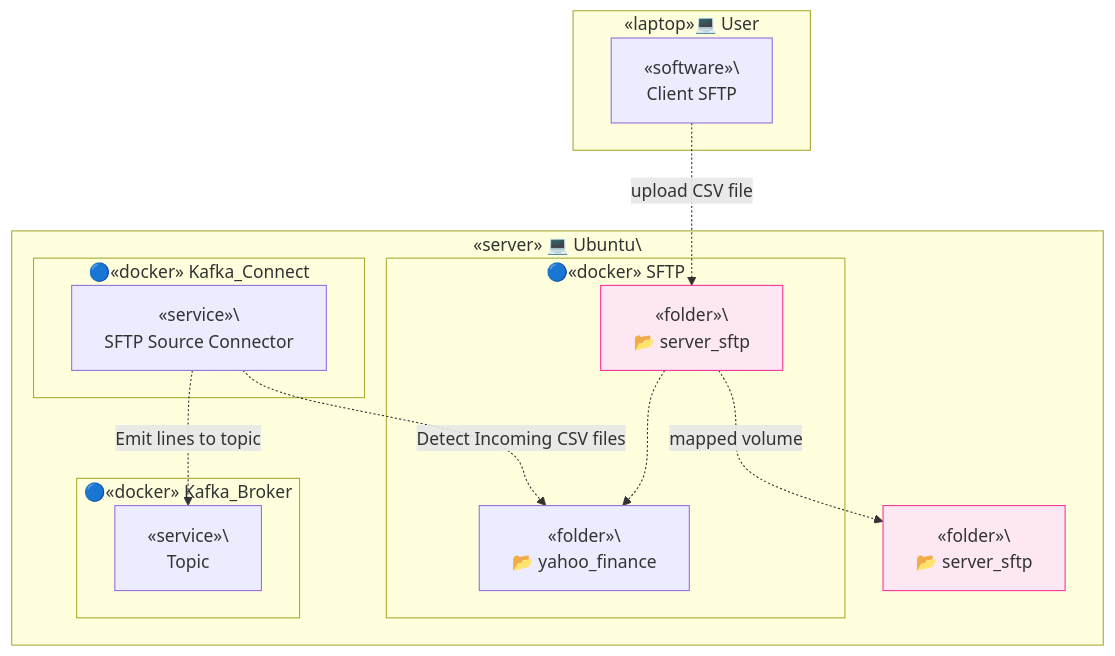
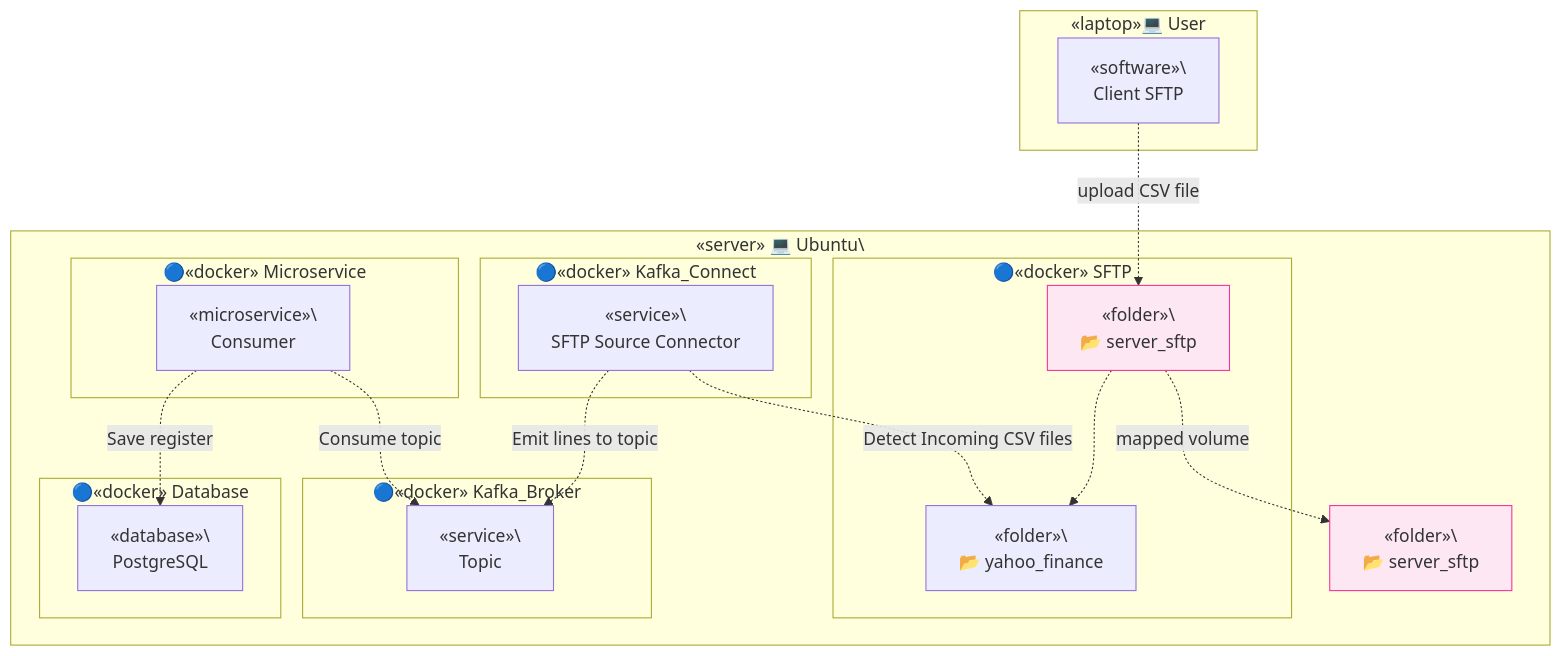
Before and after one commit to TrulyDigital/DATA_STREET: the fifth of 5 diagrams in server_sftp/README.md, drawn with Mermaid.

Commit message:
feat: server-sftp update config yaml

````diff
--- a/server_sftp/README.md
+++ b/server_sftp/README.md
@@ -96,34 +96,44 @@
 ```mermaid
 graph TD
     subgraph Container_E [«laptop»💻 User]
         E1[«software»\<br> Client SFTP]
     end
 
     subgraph Container_A [«server» 💻 Ubuntu\<br/>]
         A1[«folder»\<br/> 📂 server_sftp]
         A1:::note_a1
 
         subgraph Container_B [🔵«docker» SFTP]
             B1[«folder»\<br/> 📂 server_sftp]
             B1:::note_b1
             B2[«folder»\<br/> 📂 yahoo_finance]
         end
 
         subgraph Container_C [🔵«docker» Kafka_Connect]
             C1[«service»\<br/> SFTP Source Connector]
         end
 
         subgraph Container_D [🔵«docker» Kafka_Broker]
             D1[«service»\<br/> Topic]
-        end 
+        end
+
+        subgraph Container_F [🔵«docker» Microservice]
+            F1[«microservice»\<br/> Consumer]
+        end
+
+        subgraph Container_G [🔵«docker» Database]
+            G1[«database»\<br/> PostgreSQL]
+        end
     end
 
     E1 -. upload CSV file .-> B1
     B1 -. mapped volume .-> A1
     B1 -.-> B2
     C1 -. Detect Incoming CSV files .-> B2
     C1 -. Emit lines to topic .-> D1
+    F1 -. Consume topic .-> D1
+    F1 -. Save register .-> G1
 
     classDef note_a1 fill:#fce7f3,stroke:#f6339a,stroke-width:1px;
     classDef note_b1 fill:#fce7f3,stroke:#f6339a,stroke-width:1px;
 ```
````
